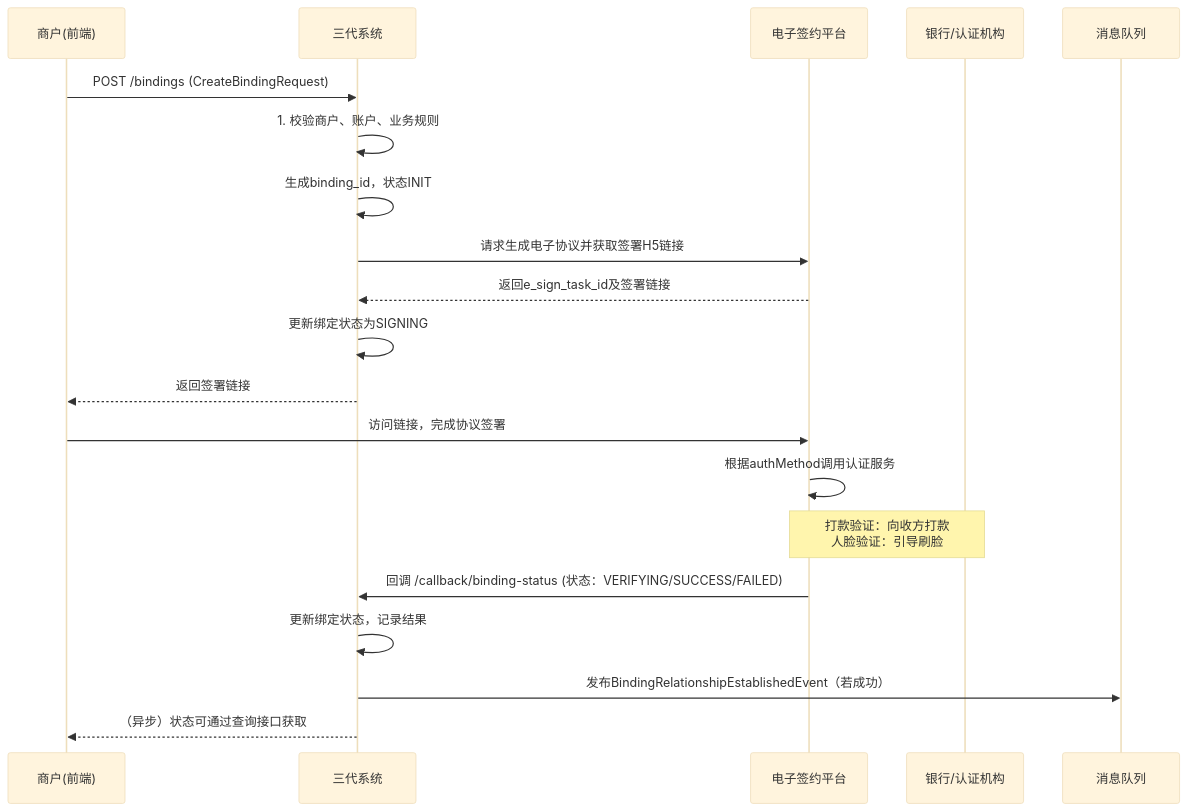
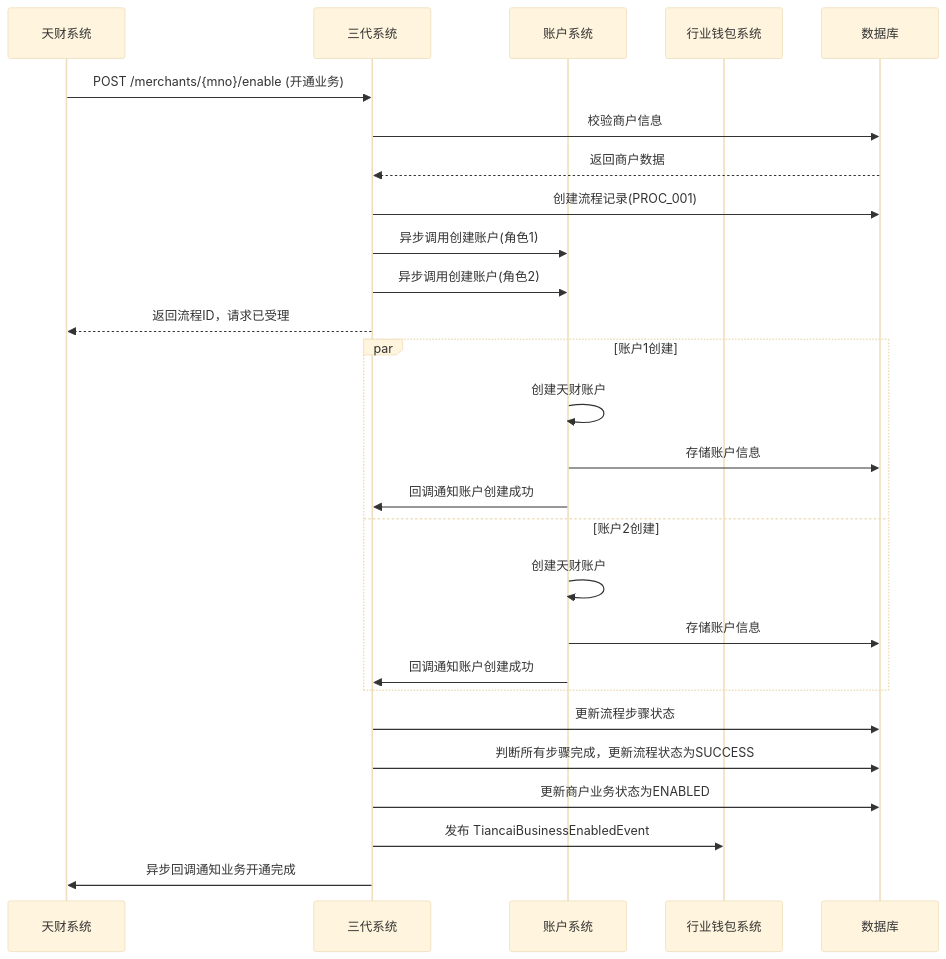
Diagram 11 of 28 in data/天财分账需求/gpt-5.2/output/final_design_document.md (youzi211/AiCoding), drawn with Mermaid (base theme) before and after one commit. The commit also changed other lines of this file and 93 other files, not shown here.

````diff
--- a/data/天财分账需求/gpt-5.2/output/final_design_document.md
+++ b/data/天财分账需求/gpt-5.2/output/final_design_document.md
@@ -1767,23 +1700,32 @@
 ```mermaid
 sequenceDiagram
-    participant M as 商户(前端)
-    participant C as 三代系统
-    participant E as 电子签约平台
-    participant B as 银行/认证机构
-    participant MQ as 消息队列
+    participant T as 天财系统
+    participant G3 as 三代系统
+    participant A as 账户系统
+    participant W as 行业钱包系统
+    participant DB as 数据库
 
-    M->>C: POST /bindings (CreateBindingRequest)
-    C->>C: 1. 校验商户、账户、业务规则
-    C->>C: 生成binding_id，状态INIT
-    C->>E: 请求生成电子协议并获取签署H5链接
-    E-->>C: 返回e_sign_task_id及签署链接
-    C->>C: 更新绑定状态为SIGNING
-    C-->>M: 返回签署链接
-    M->>E: 访问链接，完成协议签署
-    E->>E: 根据authMethod调用认证服务
-    Note over E,B: 打款验证：向收方打款<br>人脸验证：引导刷脸
-    E->>C: 回调 /callback/binding-status (状态：VERIFYING/SUCCESS/FAILED)
-    C->>C: 更新绑定状态，记录结果
-    C->>MQ: 发布BindingRelationshipEstablishedEvent（若成功）
-    C-->>M: （异步）状态可通过查询接口获取
+    T->>G3: POST /merchants/{mno}/enable (开通业务)
+    G3->>DB: 校验商户信息
+    DB-->>G3: 返回商户数据
+    G3->>DB: 创建流程记录(PROC_001)
+    G3->>A: 异步调用创建账户(角色1)
+    G3->>A: 异步调用创建账户(角色2)
+    G3-->>T: 返回流程ID，请求已受理
+    
+    par 账户1创建
+        A->>A: 创建天财账户
+        A->>DB: 存储账户信息
+        A->>G3: 回调通知账户创建成功
+    and 账户2创建
+        A->>A: 创建天财账户
+        A->>DB: 存储账户信息
+        A->>G3: 回调通知账户创建成功
+    end
+    
+    G3->>DB: 更新流程步骤状态
+    G3->>DB: 判断所有步骤完成，更新流程状态为SUCCESS
+    G3->>DB: 更新商户业务状态为ENABLED
+    G3->>W: 发布 TiancaiBusinessEnabledEvent
+    G3->>T: 异步回调通知业务开通完成
 ```
````
